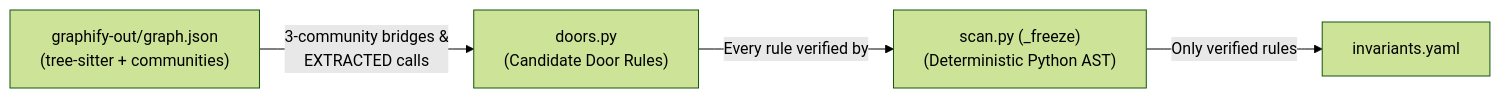
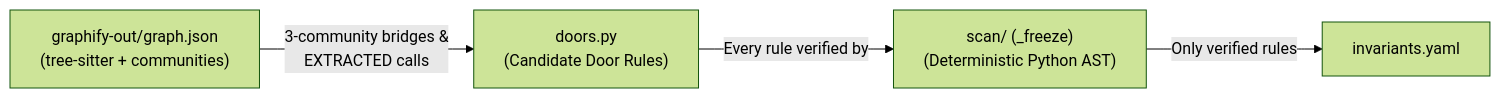
The second of 5 diagrams in makeInvariantSimple.md (jkuru/invariants-first), drawn with Mermaid (forest theme) before and after one commit. The commit also changed other lines of this file and 2 other files, not shown here.

Commit message:
Docs: module table and links follow the lock/, scan/, guard/, cli/ and registry/ packages

````diff
--- a/makeInvariantSimple.md
+++ b/makeInvariantSimple.md
@@ -254,6 +254,6 @@
 ```mermaid
 flowchart LR
     G["graphify-out/graph.json<br/>(tree-sitter + communities)"] -->|"3-community bridges &<br/>EXTRACTED calls"| D["doors.py<br/>(Candidate Door Rules)"]
-    D -->|"Every rule verified by"| S["scan.py (_freeze)<br/>(Deterministic Python AST)"]
+    D -->|"Every rule verified by"| S["scan/ (_freeze)<br/>(Deterministic Python AST)"]
     S -->|"Only verified rules"| Y["invariants.yaml"]
 ```
````
